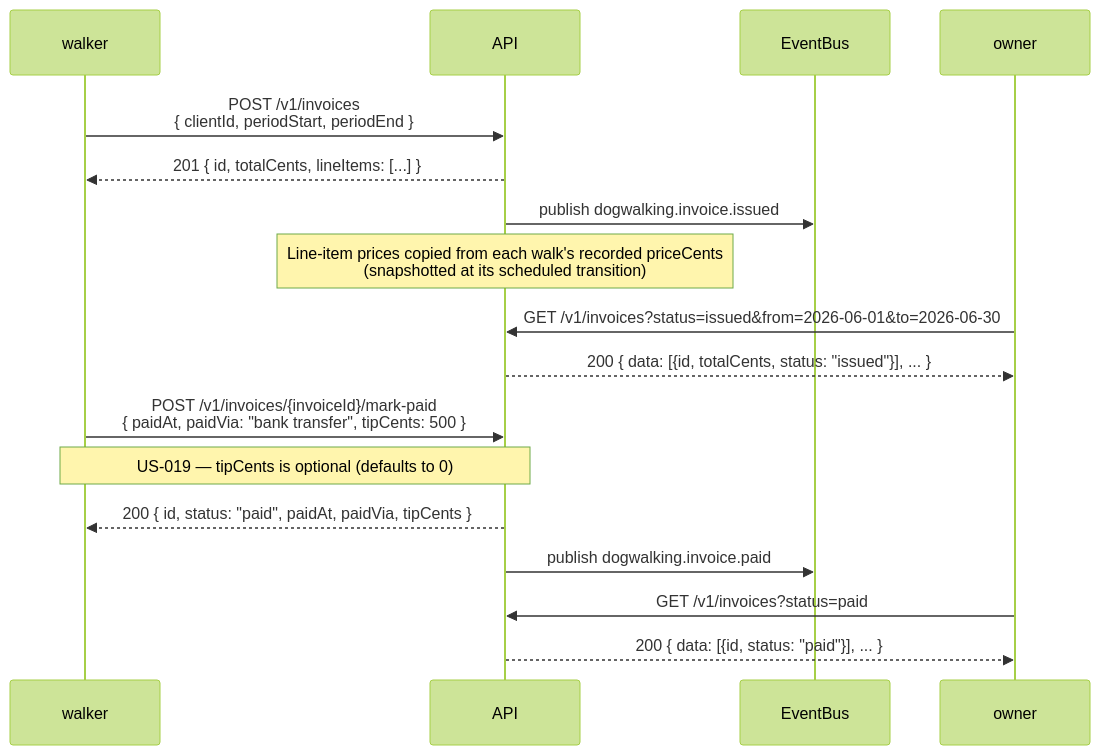
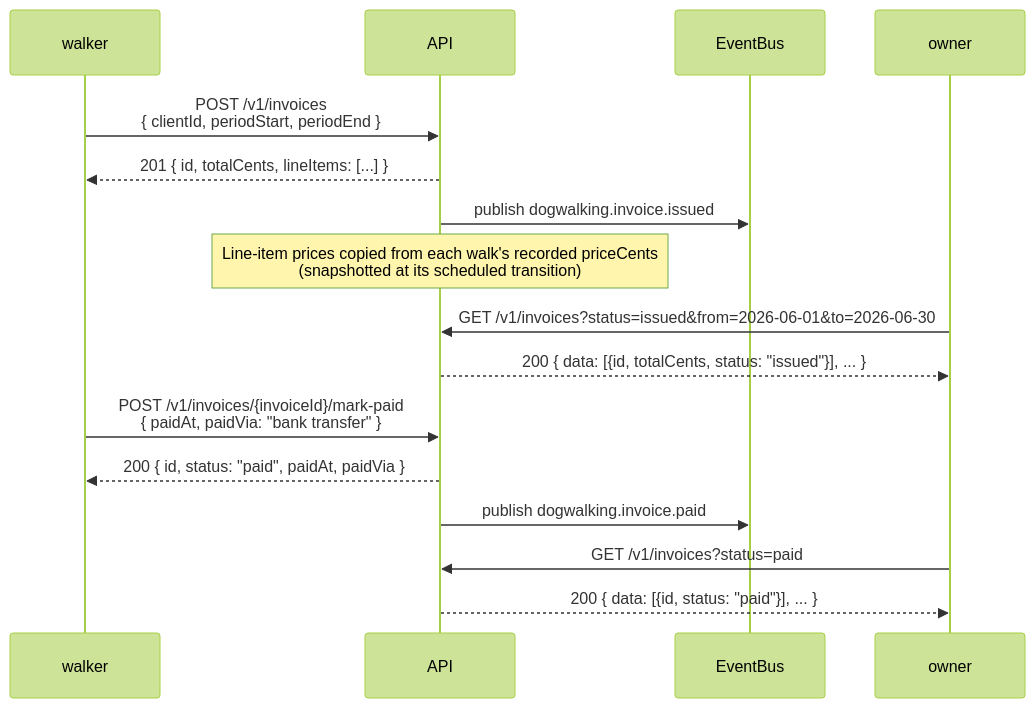
One commit to dataGriff/spec-dog-walking changed diagram 12 of 15 in docs/specifications/sequence-diagrams.md. Above: the diagram before and after it, drawn with Mermaid (forest theme). The commit also changed other lines of this file and 19 other files, not shown here.

````diff
--- a/docs/specifications/sequence-diagrams.md
+++ b/docs/specifications/sequence-diagrams.md
@@ -310,23 +310,22 @@
 ```mermaid
 sequenceDiagram
     participant walker
     participant API
     participant EventBus
     participant owner
 
     walker->>API: POST /v1/invoices<br/>{ clientId, periodStart, periodEnd }
     API-->>walker: 201 { id, totalCents, lineItems: [...] }
     API->>EventBus: publish dogwalking.invoice.issued
     Note over API: Line-item prices copied from each walk's recorded priceCents<br/>(snapshotted at its scheduled transition)
 
     owner->>API: GET /v1/invoices?status=issued&from=2026-06-01&to=2026-06-30
     API-->>owner: 200 { data: [{id, totalCents, status: "issued"}], ... }
 
-    walker->>API: POST /v1/invoices/{invoiceId}/mark-paid<br/>{ paidAt, paidVia: "bank transfer", tipCents: 500 }
-    Note over walker,API: US-019 — tipCents is optional (defaults to 0)
-    API-->>walker: 200 { id, status: "paid", paidAt, paidVia, tipCents }
+    walker->>API: POST /v1/invoices/{invoiceId}/mark-paid<br/>{ paidAt, paidVia: "bank transfer" }
+    API-->>walker: 200 { id, status: "paid", paidAt, paidVia }
     API->>EventBus: publish dogwalking.invoice.paid
 
     owner->>API: GET /v1/invoices?status=paid
     API-->>owner: 200 { data: [{id, status: "paid"}], ... }
 ```
````
